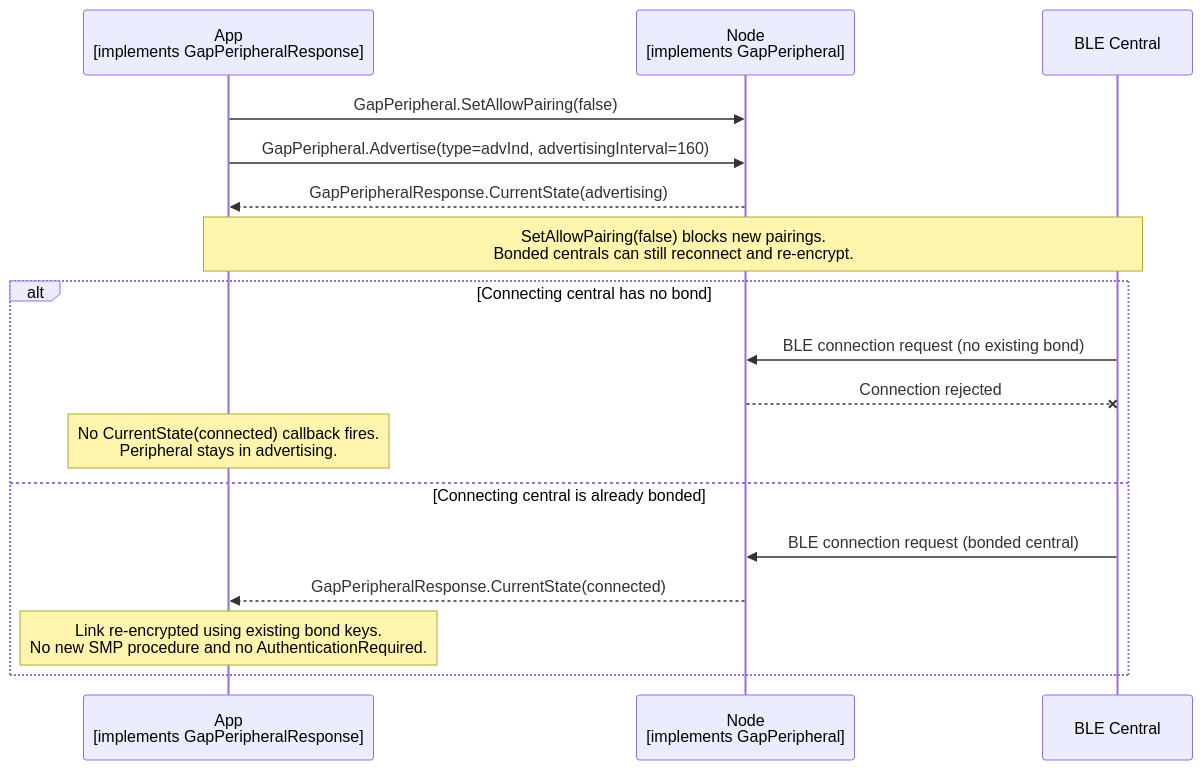
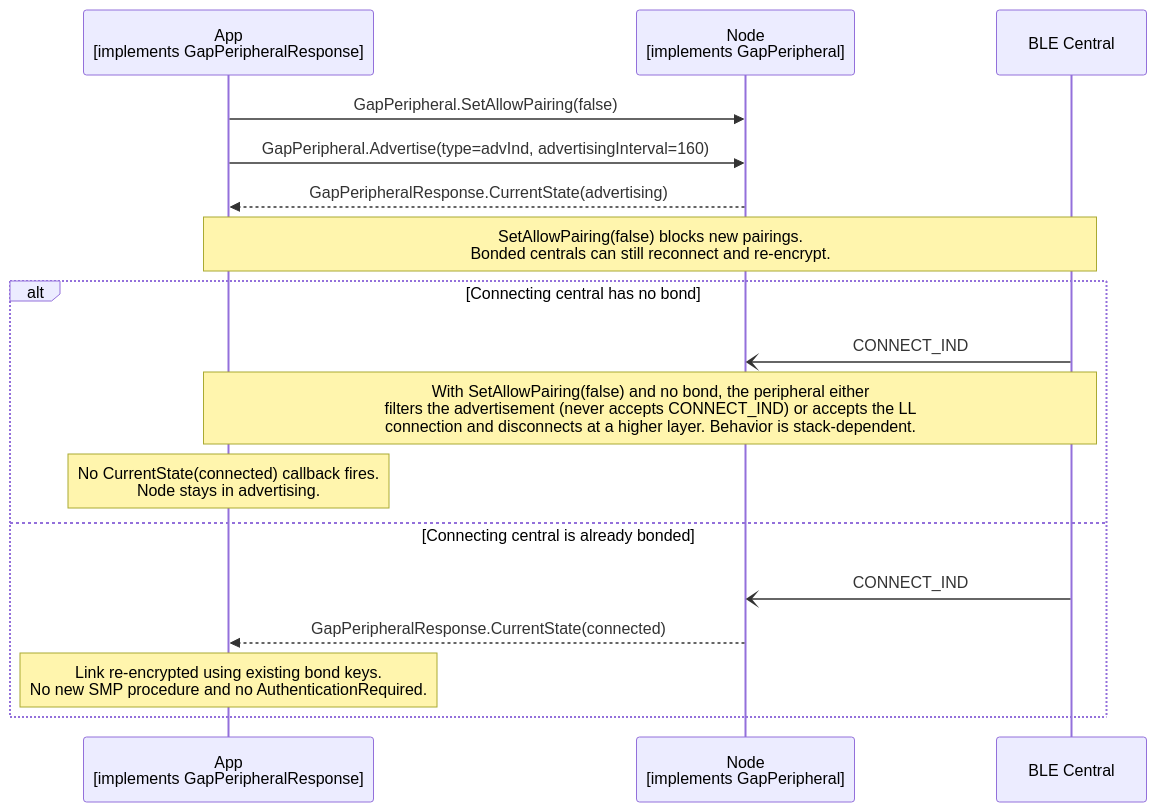
Before and after one commit to philips-software/amp-embedded-infra-lib: the diagram in documents/modules/ROOT/partials/echoservices/gap_peripheral/GapPeripheral_AllowPairingRejection_sequence.mmd, drawn with Mermaid. The commit also changed 5 other files, not shown here.

Commit message:
CONNECT_IND assumption when connected

```diff
--- a/documents/modules/ROOT/partials/echoservices/gap_peripheral/GapPeripheral_AllowPairingRejection_sequence.mmd
+++ b/documents/modules/ROOT/partials/echoservices/gap_peripheral/GapPeripheral_AllowPairingRejection_sequence.mmd
@@ -1,20 +1,20 @@
 sequenceDiagram
     participant App as App<br>[implements GapPeripheralResponse]
     participant Node as Node<br>[implements GapPeripheral]
     participant Central as BLE Central
 
     App->>Node: GapPeripheral.SetAllowPairing(false)
     App->>Node: GapPeripheral.Advertise(type=advInd, advertisingInterval=160)
     Node-->>App: GapPeripheralResponse.CurrentState(advertising)
 
     Note over App, Central: SetAllowPairing(false) blocks new pairings.<br>Bonded centrals can still reconnect and re-encrypt.
 
     alt Connecting central has no bond
-        Central->>Node: BLE connection request (no existing bond)
-        Node--xCentral: Connection rejected
-        Note over App: No CurrentState(connected) callback fires.<br>Peripheral stays in advertising.
+        Central-)Node: CONNECT_IND
+        Note over App, Central: With SetAllowPairing(false) and no bond, the peripheral either<br>filters the advertisement (never accepts CONNECT_IND) or accepts the LL<br>connection and disconnects at a higher layer. Behavior is stack-dependent.
+        Note over App: No CurrentState(connected) callback fires.<br>Node stays in advertising.
     else Connecting central is already bonded
-        Central->>Node: BLE connection request (bonded central)
+        Central-)Node: CONNECT_IND
         Node-->>App: GapPeripheralResponse.CurrentState(connected)
         Note over App: Link re-encrypted using existing bond keys.<br>No new SMP procedure and no AuthenticationRequired.
     end
```
